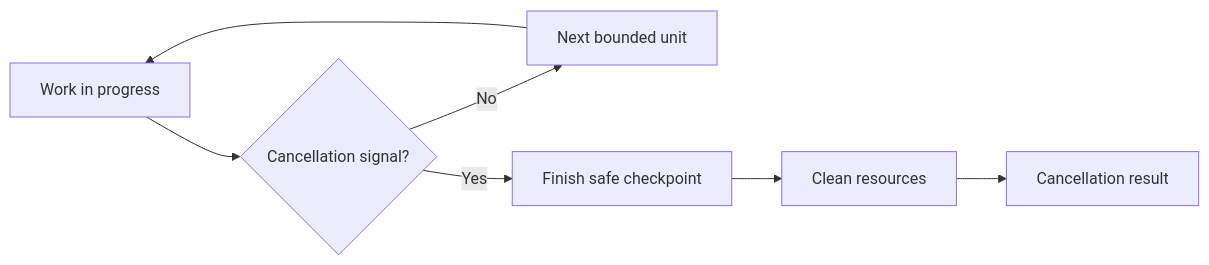
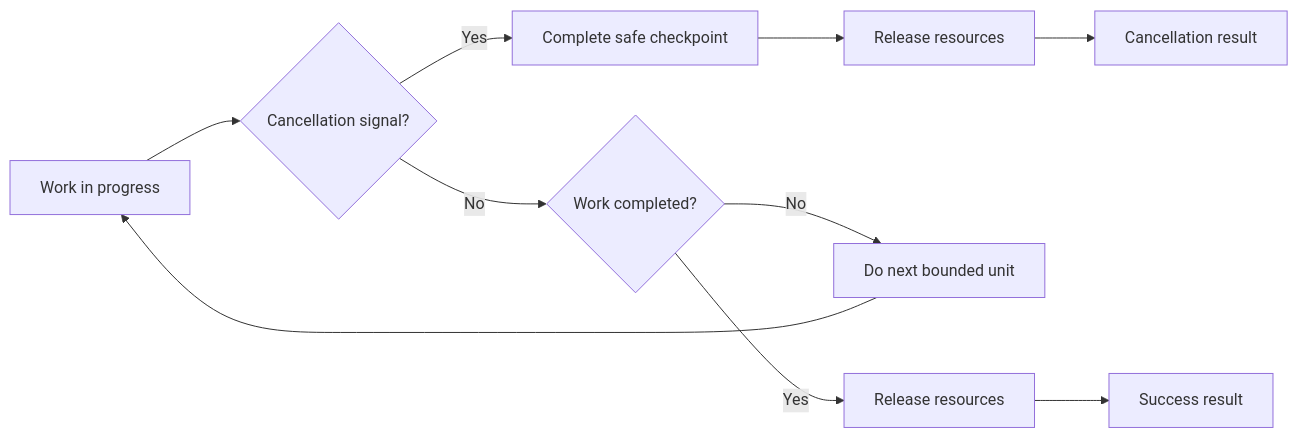
One commit to HomericIntelligence/Athena changed the diagram in docs/principles/details/p082-design-for-cancellation.md. Above: the diagram before and after it, drawn with Mermaid. The commit also changed other lines of this file and 91 other files, not shown here.

````diff
--- a/docs/principles/details/p082-design-for-cancellation.md
+++ b/docs/principles/details/p082-design-for-cancellation.md
@@ -38,9 +39,12 @@
 ```mermaid
 flowchart LR
     A["Work in progress"] --> B{"Cancellation signal?"}
-    B -->|No| C["Next bounded unit"]
-    C --> A
-    B -->|Yes| D["Finish safe checkpoint"]
-    D --> E["Clean resources"]
+    B -->|Yes| D["Complete safe checkpoint"]
+    D --> E["Release resources"]
     E --> F["Cancellation result"]
+    B -->|No| C{"Work completed?"}
+    C -->|No| G["Do next bounded unit"]
+    G --> A
+    C -->|Yes| H["Release resources"]
+    H --> I["Success result"]
 ```
````
